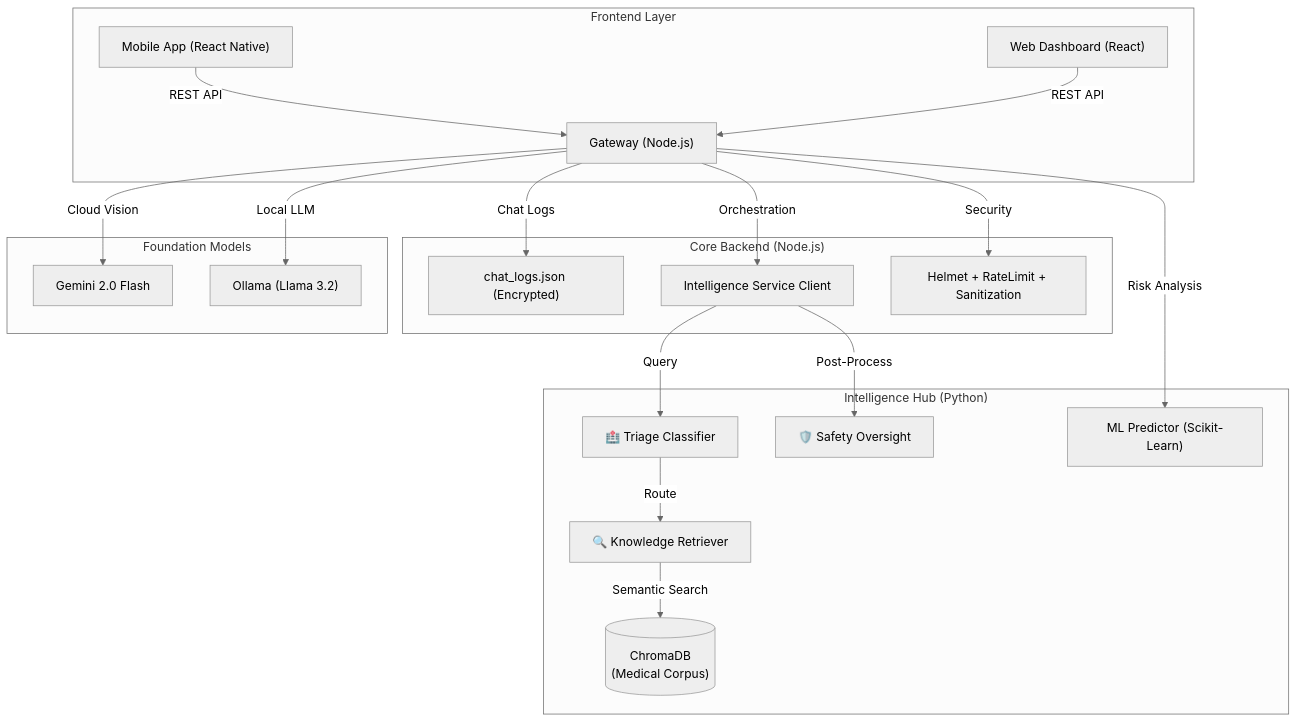
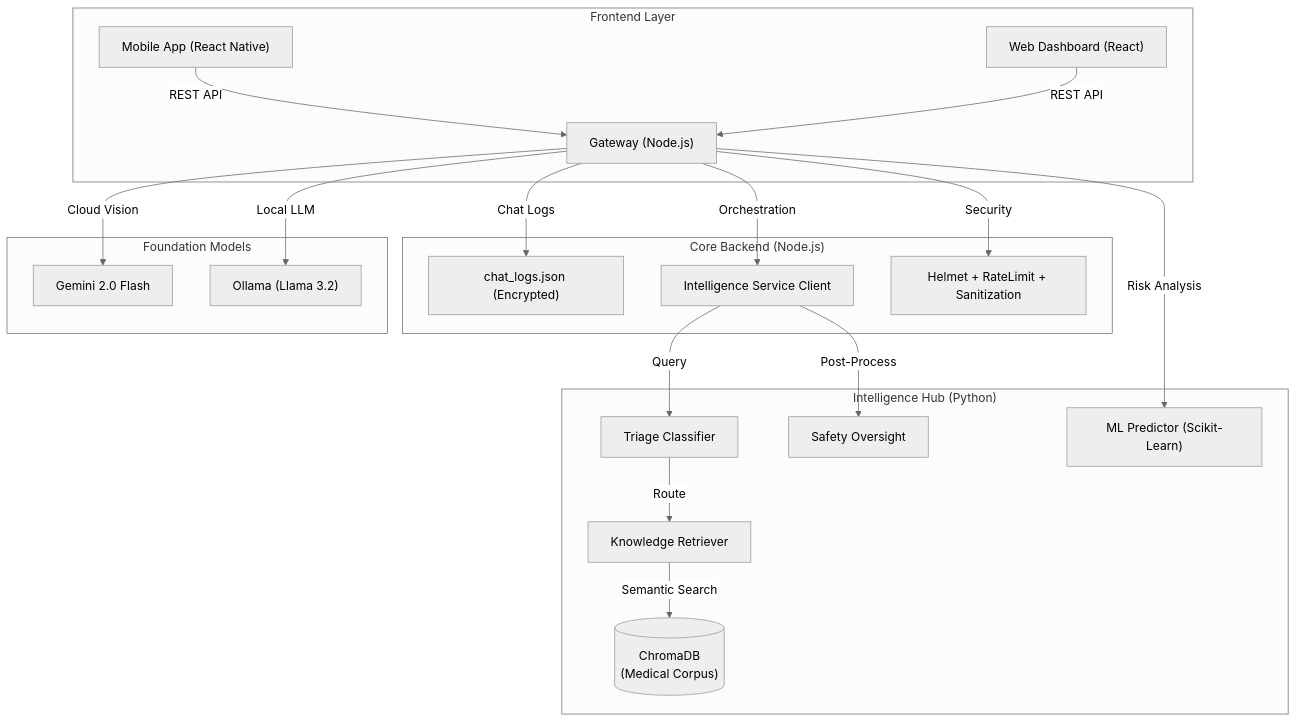
Before and after one commit to yashsrivastava1408/Aether-Clinic: the second of 2 diagrams in README.md, drawn with Mermaid (neutral theme). The commit also changed other lines of this file, not shown here.

````diff
--- a/README.md
+++ b/README.md
@@ -65,26 +65,26 @@
 ```mermaid
 graph TD
     subgraph "Frontend Layer"
         M["Mobile App (React Native)"] -->|REST API| G["Gateway (Node.js)"]
         W["Web Dashboard (React)"] -->|REST API| G
     end
 
     subgraph "Core Backend (Node.js)"
         G -->|Chat Logs| F["chat_logs.json (Encrypted)"]
         G -->|Orchestration| S["Intelligence Service Client"]
         G -->|Security| X["Helmet + RateLimit + Sanitization"]
     end
 
     subgraph "Intelligence Hub (Python)"
-        S -->|Query| TC["🏥 Triage Classifier"]
-        TC -->|Route| KR["🔍 Knowledge Retriever"]
+        S -->|Query| TC["Triage Classifier"]
+        TC -->|Route| KR["Knowledge Retriever"]
         KR -->|Semantic Search| CDB[("ChromaDB\n(Medical Corpus)")]
-        S -->|Post-Process| SO["🛡️ Safety Oversight"]
+        S -->|Post-Process| SO["Safety Oversight"]
         G -->|Risk Analysis| ML["ML Predictor (Scikit-Learn)"]
     end
 
     subgraph "Foundation Models"
         G -->|Cloud Vision| V["Gemini 2.0 Flash"]
         G -->|Local LLM| L["Ollama (Llama 3.2)"]
     end
 ```
````
